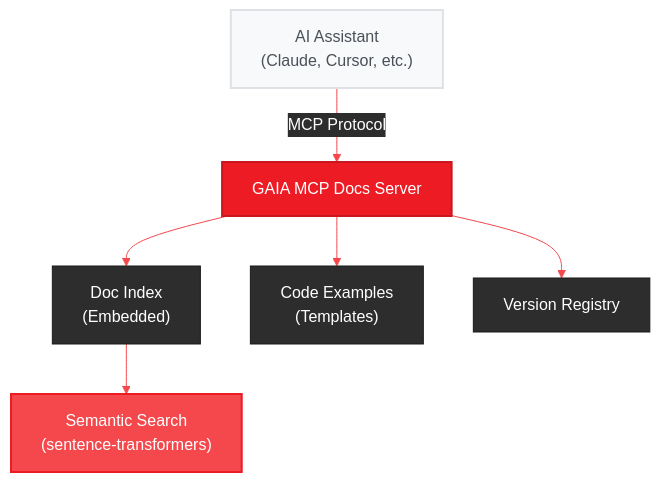
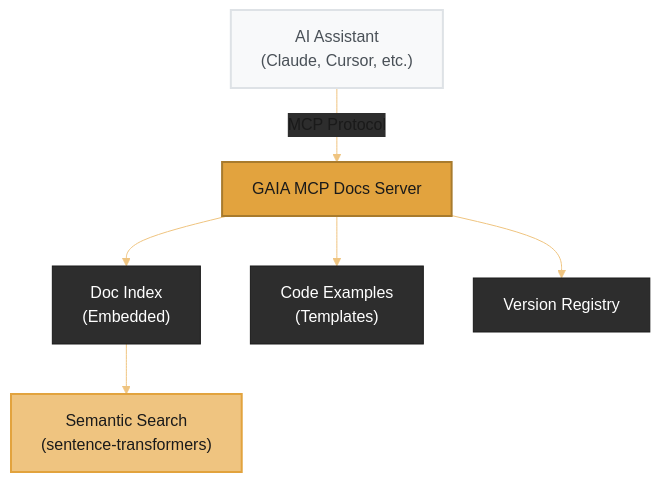
One commit to amd/gaia changed the first of 3 diagrams in docs/plans/mcp-docs.mdx. Above: the diagram before and after it, drawn with Mermaid. The commit also changed other lines of this file and 37 other files, not shown here.

````diff
--- a/docs/plans/mcp-docs.mdx
+++ b/docs/plans/mcp-docs.mdx
@@ -196,17 +196,17 @@
 ```mermaid
-%%{init: {'theme':'base', 'themeVariables': { 'primaryColor':'#ED1C24', 'primaryTextColor':'#fff', 'primaryBorderColor':'#C8171E', 'lineColor':'#F4484D', 'secondaryColor':'#2d2d2d', 'tertiaryColor':'#f5f5f5', 'fontSize':'16px', 'fontFamily': 'system-ui, -apple-system, sans-serif'}}}%%
+%%{init: {'theme':'base', 'themeVariables': { 'primaryColor':'#E2A33E', 'primaryTextColor':'#1a1a1a', 'primaryBorderColor':'#A87B2D', 'lineColor':'#EFC480', 'secondaryColor':'#2d2d2d', 'tertiaryColor':'#f5f5f5', 'fontSize':'16px', 'fontFamily': 'system-ui, -apple-system, sans-serif'}}}%%
 graph TD
     A["AI Assistant<br/>(Claude, Cursor, etc.)"] -->|MCP Protocol| B["GAIA MCP Docs Server"]
     B --> C["Doc Index<br/>(Embedded)"]
     B --> D["Code Examples<br/>(Templates)"]
     B --> E["Version Registry"]
 
     C --> F["Semantic Search<br/>(sentence-transformers)"]
 
     style A fill:#f8f9fa,stroke:#dee2e6,stroke-width:2px,color:#495057
-    style B fill:#ED1C24,stroke:#C8171E,stroke-width:2px,color:#fff
+    style B fill:#E2A33E,stroke:#A87B2D,stroke-width:2px,color:#1a1a1a
     style C fill:#2d2d2d,stroke:#1a1a1a,stroke-width:1px,color:#fff
     style D fill:#2d2d2d,stroke:#1a1a1a,stroke-width:1px,color:#fff
     style E fill:#2d2d2d,stroke:#1a1a1a,stroke-width:1px,color:#fff
-    style F fill:#F4484D,stroke:#ED1C24,stroke-width:2px,color:#fff
+    style F fill:#EFC480,stroke:#E2A33E,stroke-width:2px,color:#1a1a1a
 ```
````
